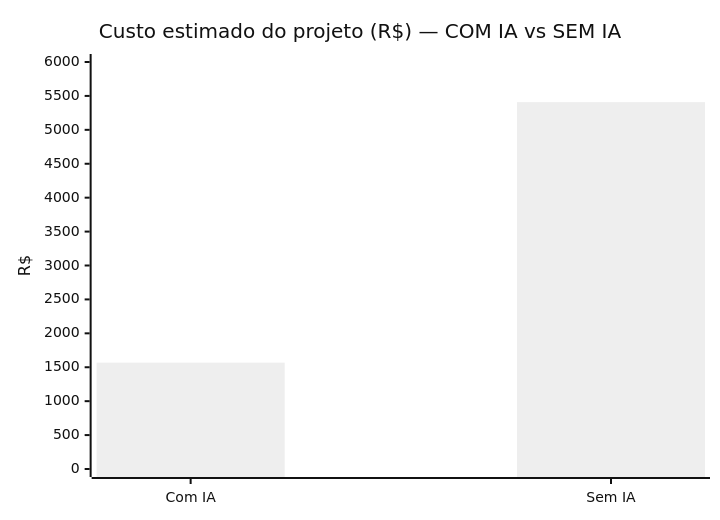
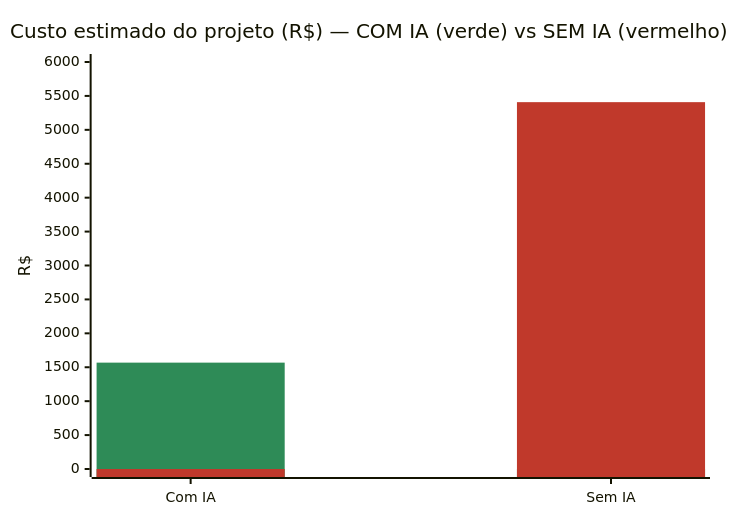
The fourth of 4 diagrams in docs/relatorio_final.md (MateusRiba/ADR_Generator), drawn with Mermaid before and after one commit. The commit also changed other lines of this file, not shown here.

First line of the commit message:
docs: finaliza Relatório Final com roster real da equipe

````diff
--- a/docs/relatorio_final.md
+++ b/docs/relatorio_final.md
@@ -482,8 +483,9 @@
 ```mermaid
-%%{init: {'theme':'neutral'}}%%
+%%{init: {'theme':'base', 'themeVariables': {'xyChart': {'plotColorPalette': '#2e8b57, #c0392b'}}}}%%
 xychart-beta
-    title "Custo estimado do projeto (R$) — COM IA vs SEM IA"
+    title "Custo estimado do projeto (R$) — COM IA (verde) vs SEM IA (vermelho)"
     x-axis ["Com IA", "Sem IA"]
     y-axis "R$" 0 --> 6000
-    bar [1568, 5408]
+    bar [1568, 0]
+    bar [0, 5408]
 ```
````
